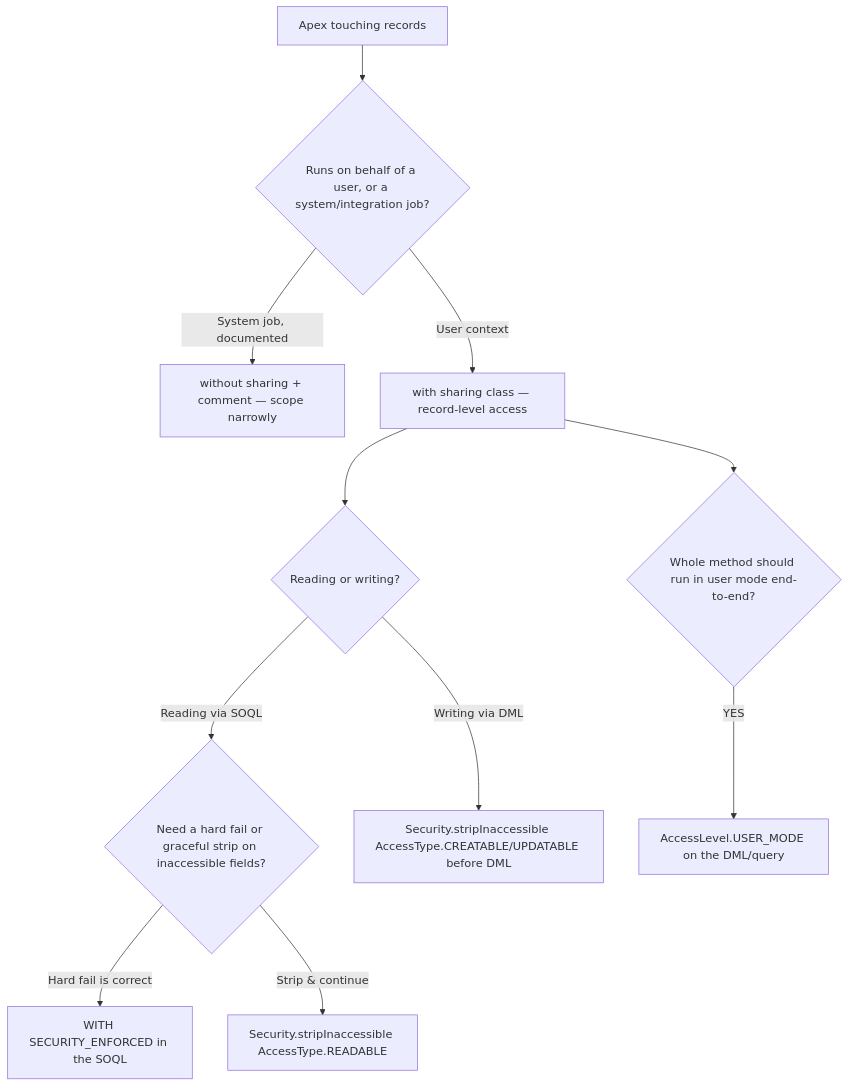
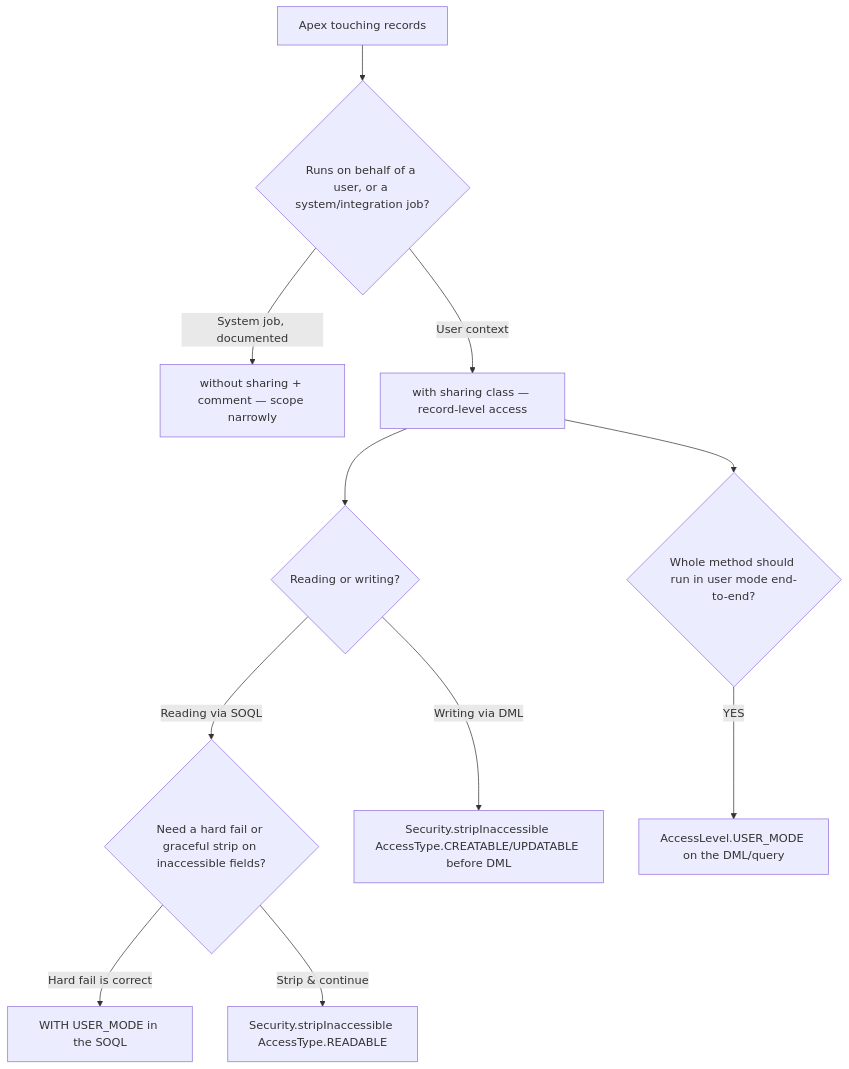
One commit to mcorbett51090/RavenClaude changed the second of 8 diagrams in plugins/salesforce/knowledge/apex-decision-trees.md. Above: the diagram before and after it, drawn with Mermaid. The commit also changed other lines of this file and 34 other files, not shown here.

````diff
--- a/plugins/salesforce/knowledge/apex-decision-trees.md
+++ b/plugins/salesforce/knowledge/apex-decision-trees.md
@@ -55,13 +57,13 @@
 ```mermaid
 flowchart TD
     START[Apex touching records] --> Q1{Runs on behalf of a user, or a system/integration job?}
     Q1 -->|System job, documented| SYS[without sharing + comment — scope narrowly]
     Q1 -->|User context| SHARE[with sharing class — record-level access]
     SHARE --> Q2{Reading or writing?}
     Q2 -->|Reading via SOQL| Q3{Need a hard fail or graceful strip on inaccessible fields?}
-    Q3 -->|Hard fail is correct| SE[WITH SECURITY_ENFORCED in the SOQL]
+    Q3 -->|Hard fail is correct| SE[WITH USER_MODE in the SOQL]
     Q3 -->|Strip & continue| SI_READ[Security.stripInaccessible AccessType.READABLE]
     Q2 -->|Writing via DML| SI_WRITE[Security.stripInaccessible AccessType.CREATABLE/UPDATABLE before DML]
     SHARE --> Q4{Whole method should run in user mode end-to-end?}
     Q4 -->|YES| UM[AccessLevel.USER_MODE on the DML/query]
 ```
````
